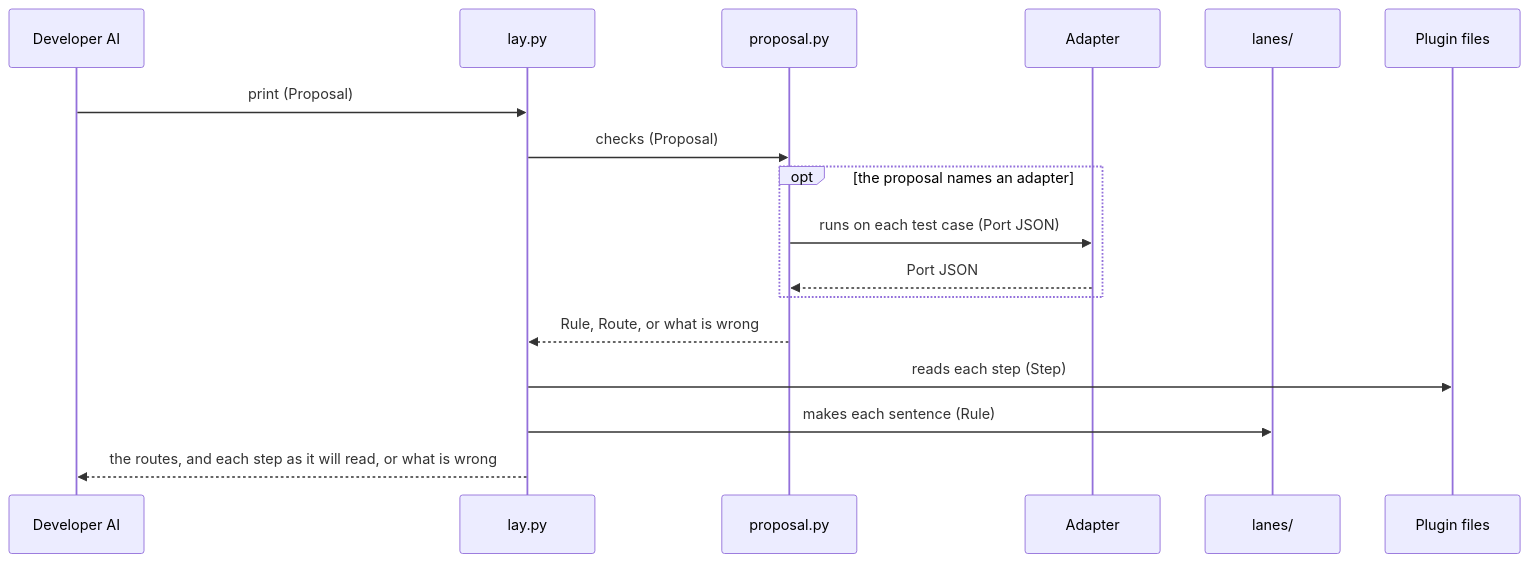
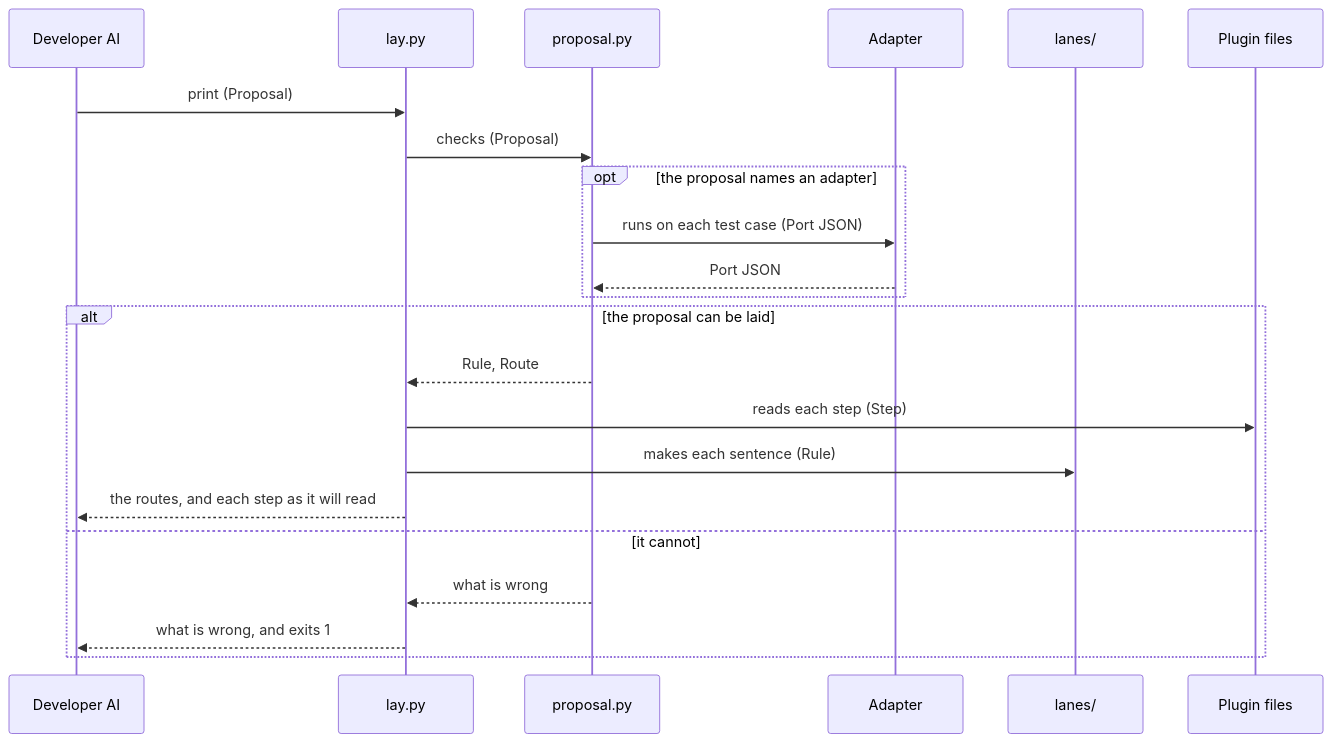
Before and after one commit to lovaizu/ccpm: the first of 7 diagrams in dev/lane/architecture.md, drawn with Mermaid. The commit also changed other lines of this file and 4 other files, not shown here.

````diff
--- a/dev/lane/architecture.md
+++ b/dev/lane/architecture.md
@@ -184,19 +184,24 @@
 ```mermaid
 sequenceDiagram
   participant DA as Developer AI
   participant L as lay.py
   participant P as proposal.py
   participant AD as Adapter
   participant LN as lanes/
   participant PF as Plugin files
   DA->>L: print (Proposal)
   L->>P: checks (Proposal)
   opt the proposal names an adapter
     P->>AD: runs on each test case (Port JSON)
     AD-->>P: Port JSON
   end
-  P-->>L: Rule, Route, or what is wrong
-  L->>PF: reads each step (Step)
-  L->>LN: makes each sentence (Rule)
-  L-->>DA: the routes, and each step as it will read, or what is wrong
+  alt the proposal can be laid
+    P-->>L: Rule, Route
+    L->>PF: reads each step (Step)
+    L->>LN: makes each sentence (Rule)
+    L-->>DA: the routes, and each step as it will read
+  else it cannot
+    P-->>L: what is wrong
+    L-->>DA: what is wrong, and exits 1
+  end
 ```
````
